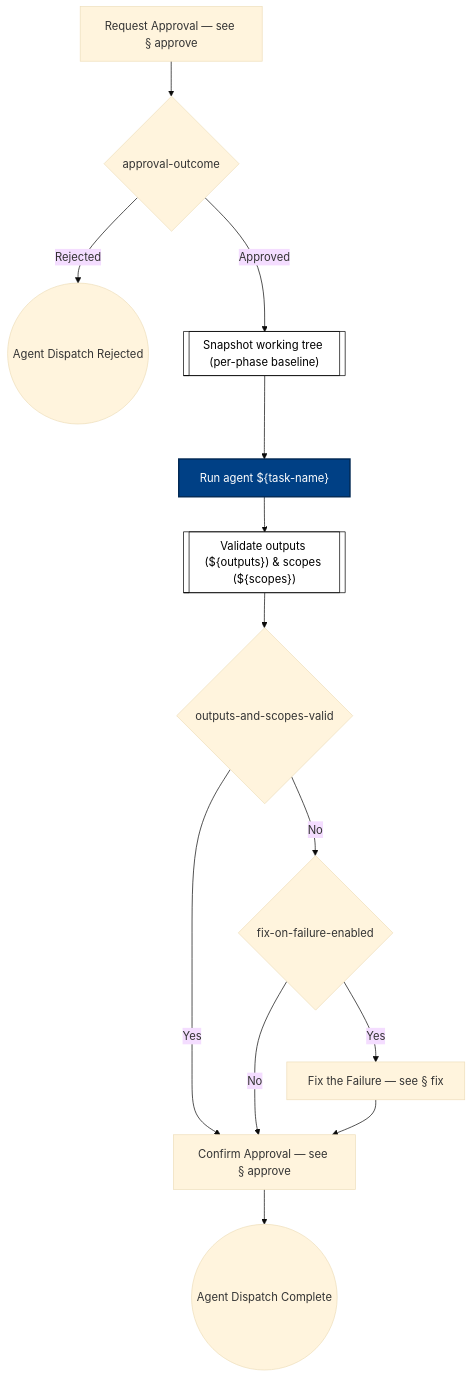
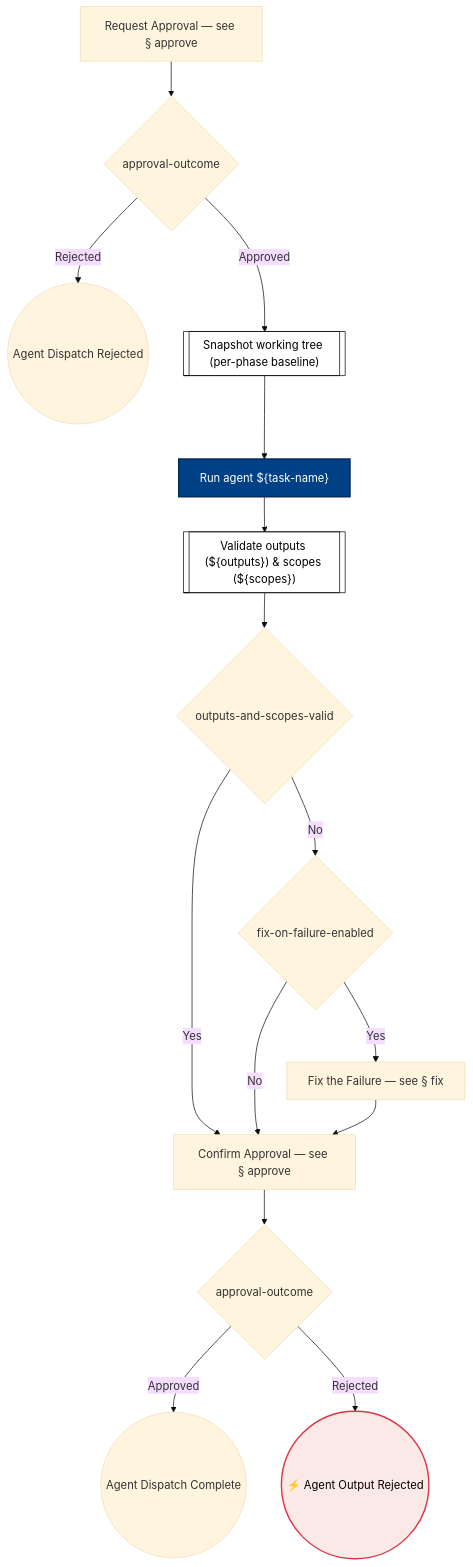
One commit to optivem/gh-optivem changed diagram 47 of 53 in docs/process-diagram.md. Above: the diagram before and after it, drawn with Mermaid (base theme). The commit also changed other lines of this file and 7 other files, not shown here.

Commit message:
atdd: regenerate process-flow diagram

````diff
--- a/docs/process-diagram.md
+++ b/docs/process-diagram.md
@@ -717,33 +717,40 @@
 ```mermaid
 flowchart TD
     APPROVE_POST[Confirm Approval — see § approve]
     APPROVE_PRE[Request Approval — see § approve]
     EXECUTE_AGENT_END((Agent Dispatch Complete))
+    EXECUTE_AGENT_OUTPUT_REJECTED_END((⚡ Agent Output Rejected))
     EXECUTE_AGENT_REJECTED_END((Agent Dispatch Rejected))
     FIX[Fix the Failure — see § fix]
+    GATE_APPROVED_POST{approval-outcome}
     GATE_APPROVED_PRE{approval-outcome}
     GATE_FIX_ON_FAILURE{fix-on-failure-enabled}
     GATE_OUTPUTS_AND_SCOPES_VALID{outputs-and-scopes-valid}
     RUN_AGENT["Run agent ${task-name}"]
     SNAPSHOT_WORKING_TREE[["Snapshot working tree (per-phase baseline)"]]
     VALIDATE_OUTPUTS_AND_SCOPES[["Validate outputs (${outputs}) & scopes (${scopes})"]]
 
     APPROVE_PRE --> GATE_APPROVED_PRE
     GATE_APPROVED_PRE -- Approved --> SNAPSHOT_WORKING_TREE
     GATE_APPROVED_PRE -- Rejected --> EXECUTE_AGENT_REJECTED_END
     SNAPSHOT_WORKING_TREE --> RUN_AGENT
     RUN_AGENT --> VALIDATE_OUTPUTS_AND_SCOPES
     VALIDATE_OUTPUTS_AND_SCOPES --> GATE_OUTPUTS_AND_SCOPES_VALID
     GATE_OUTPUTS_AND_SCOPES_VALID -- Yes --> APPROVE_POST
     GATE_OUTPUTS_AND_SCOPES_VALID -- No --> GATE_FIX_ON_FAILURE
     GATE_FIX_ON_FAILURE -- Yes --> FIX
     GATE_FIX_ON_FAILURE -- No --> APPROVE_POST
     FIX --> APPROVE_POST
-    APPROVE_POST --> EXECUTE_AGENT_END
+    APPROVE_POST --> GATE_APPROVED_POST
+    GATE_APPROVED_POST -- Approved --> EXECUTE_AGENT_END
+    GATE_APPROVED_POST -- Rejected --> EXECUTE_AGENT_OUTPUT_REJECTED_END
 
     classDef serviceNode fill:#ffffff,stroke:#000000,stroke-width:1px,color:#000000
     class SNAPSHOT_WORKING_TREE,VALIDATE_OUTPUTS_AND_SCOPES serviceNode
 
     classDef agentNode fill:#004085,stroke:#002752,stroke-width:2px,color:#ffffff
     class RUN_AGENT agentNode
+
+    classDef errorEndNode fill:#fbe9e7,stroke:#dc3545,stroke-width:2px,color:#000000
+    class EXECUTE_AGENT_OUTPUT_REJECTED_END errorEndNode
 ```
````
